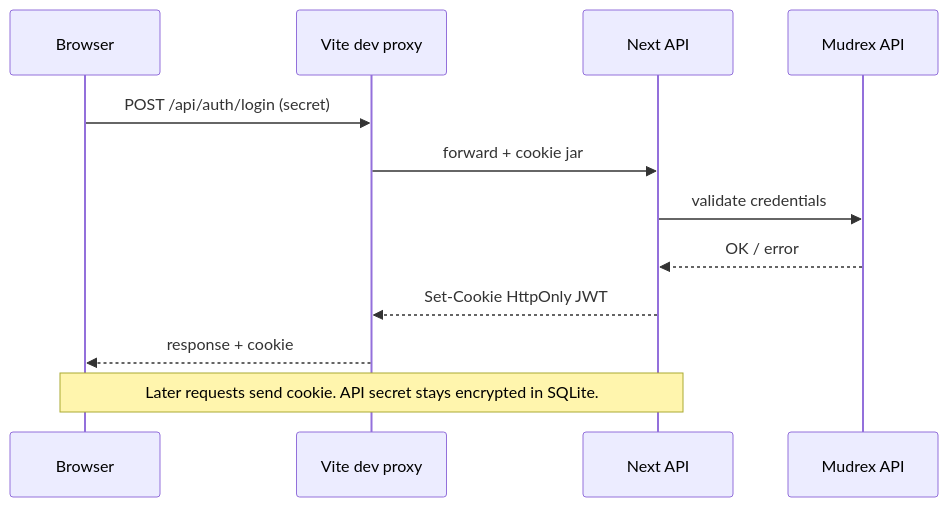
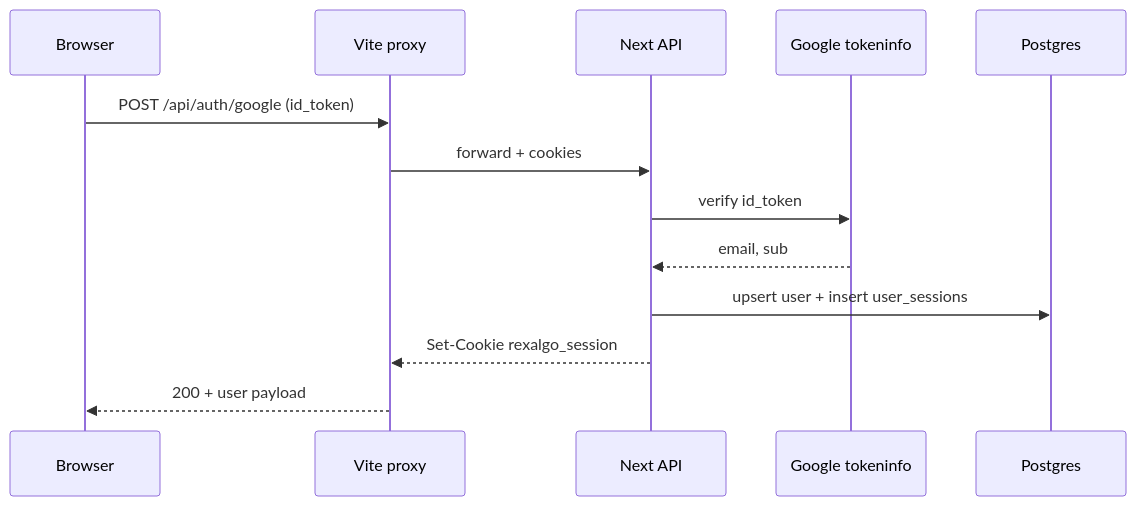
The tenth of 11 diagrams in README.md (DecentralizedJM/RexAlgo), drawn with Mermaid before and after one commit. The commit also changed other lines of this file and 2 other files, not shown here.

Commit message:
docs: refresh README with Postgres, Redis, auth, webhooks + Mermaid diagrams

````diff
--- a/README.md
+++ b/README.md
@@ -327,15 +410,16 @@
 ```mermaid
 sequenceDiagram
   participant B as Browser
-  participant V as Vite dev proxy
+  participant V as Vite proxy
   participant N as Next API
-  participant M as Mudrex API
+  participant G as Google tokeninfo
+  participant P as Postgres
 
-  B->>V: POST /api/auth/login (secret)
-  V->>N: forward + cookie jar
-  N->>M: validate credentials
-  M-->>N: OK / error
-  N-->>V: Set-Cookie HttpOnly JWT
-  V-->>B: response + cookie
-  Note over B,N: Later requests send cookie. API secret stays encrypted in SQLite.
+  B->>V: POST /api/auth/google (id_token)
+  V->>N: forward + cookies
+  N->>G: verify id_token
+  G-->>N: email, sub
+  N->>P: upsert user + insert user_sessions
+  N-->>V: Set-Cookie rexalgo_session
+  V-->>B: 200 + user payload
 ```
````
